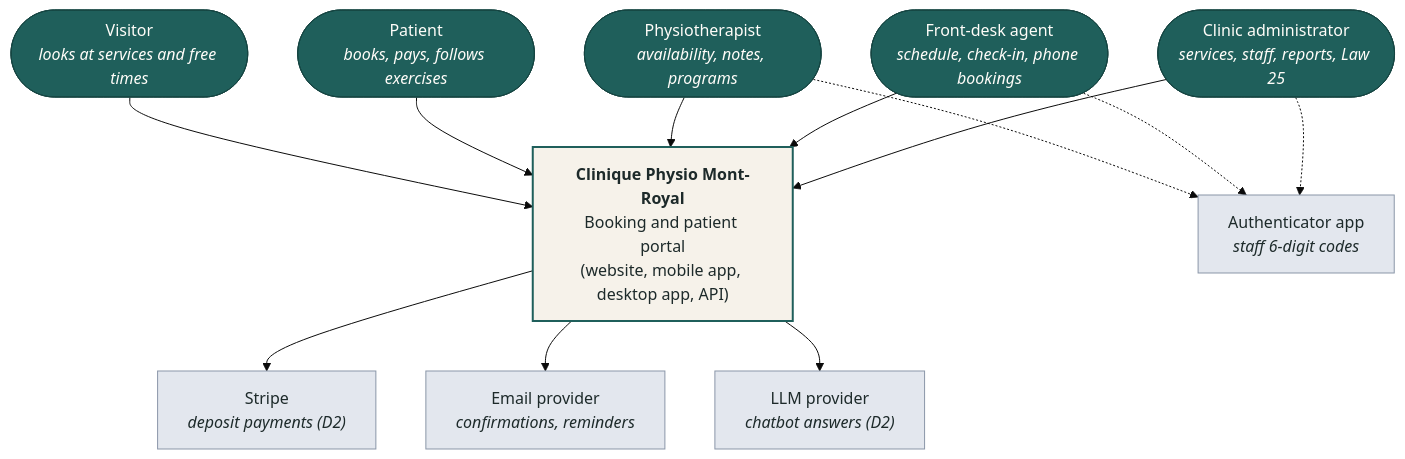
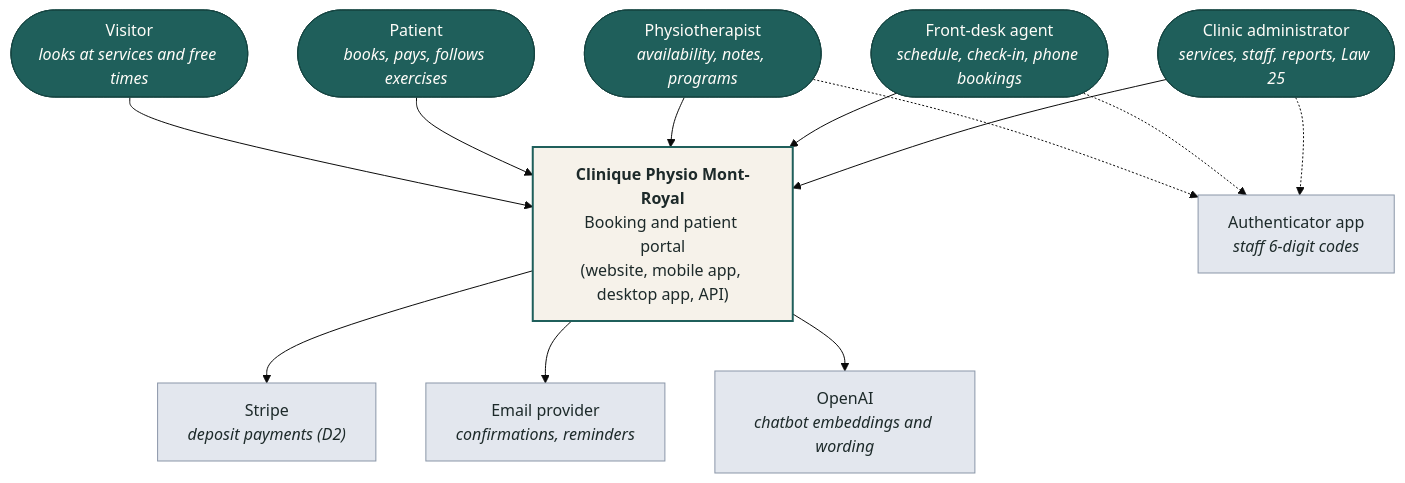
The first of 4 diagrams in docs/architecture.md (kkprojects5/clinique-physio), drawn with Mermaid (base theme) before and after one commit. The commit also changed other lines of this file and 54 other files, not shown here.

First line of the commit message:
Chatbot with OpenAI, safety rules and evaluation (closes #142) (#143)

````diff
--- a/docs/architecture.md
+++ b/docs/architecture.md
@@ -14,34 +14,34 @@
 ```mermaid
 flowchart TB
     visitor(["Visitor<br/><i>looks at services and free times</i>"])
     patient(["Patient<br/><i>books, pays, follows exercises</i>"])
     therapist(["Physiotherapist<br/><i>availability, notes, programs</i>"])
     desk(["Front-desk agent<br/><i>schedule, check-in, phone bookings</i>"])
     admin(["Clinic administrator<br/><i>services, staff, reports, Law 25</i>"])
 
     system["<b>Clinique Physio Mont-Royal</b><br/>Booking and patient portal<br/>(website, mobile app, desktop app, API)"]
 
     stripe["Stripe<br/><i>deposit payments (D2)</i>"]
     email["Email provider<br/><i>confirmations, reminders</i>"]
-    llm["LLM provider<br/><i>chatbot answers (D2)</i>"]
+    llm["OpenAI<br/><i>chatbot embeddings and wording</i>"]
     authapp["Authenticator app<br/><i>staff 6-digit codes</i>"]
 
     visitor --> system
     patient --> system
     therapist --> system
     desk --> system
     admin --> system
     system --> stripe
     system --> email
     system --> llm
     therapist -.-> authapp
     desk -.-> authapp
     admin -.-> authapp
 
     classDef person fill:#1f5f5b,stroke:#164542,color:#fffdf9
     classDef sys fill:#f6f2ea,stroke:#1f5f5b,stroke-width:2px,color:#1d2a2a
     classDef ext fill:#e3e7ee,stroke:#8a96a8,color:#1d2a2a
     class visitor,patient,therapist,desk,admin person
     class system sys
     class stripe,email,llm,authapp ext
 ```
````
